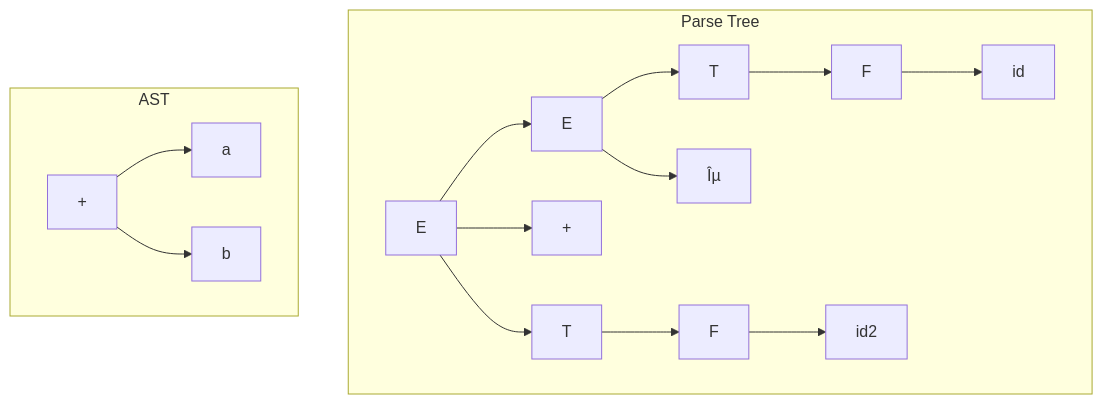
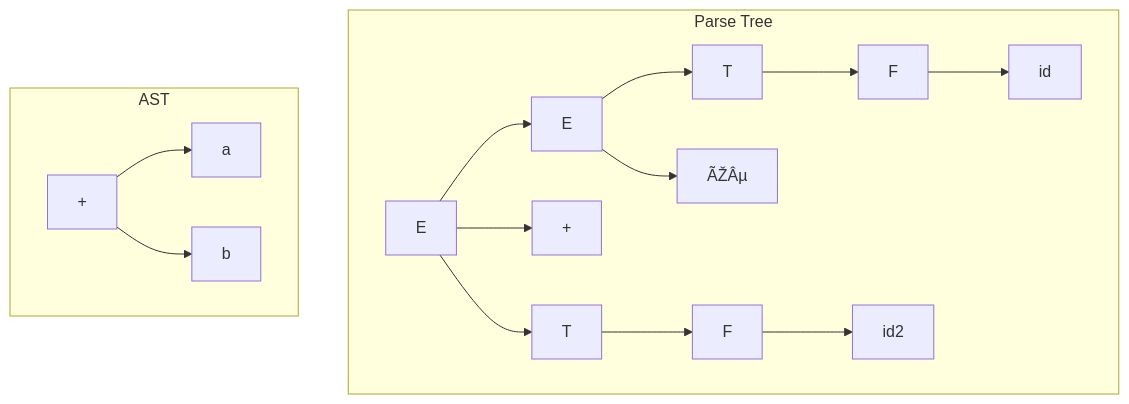
One commit to Raushan666java/ai-engineering-journey changed the fifth of 7 diagrams in docs/courses/gate-cs-preparation/24-gate-2024-solved.md. Above: the diagram before and after it, drawn with Mermaid. The commit also changed other lines of this file and 29 other files, not shown here.

````diff
--- a/docs/courses/gate-cs-preparation/24-gate-2024-solved.md
+++ b/docs/courses/gate-cs-preparation/24-gate-2024-solved.md
@@ -1569,18 +1569,18 @@
 ```mermaid
 graph TD
     subgraph "Parse Tree"
         E1[E] --> E2[E]
         E1 --> PLUS[+]
         E1 --> T1[T]
         E2 --> T2[T]
-        E2 --> E3[Îµ]
+        E2 --> E3[ÃŽÂµ]
         T2 --> F[F]
         F --> id1[id]
         T1 --> F1[F]
         F1 --> id2[id2]
     end
     subgraph "AST"
         PLUS1[+] --> id3[a]
         PLUS1 --> id4[b]
     end
 ```
````
